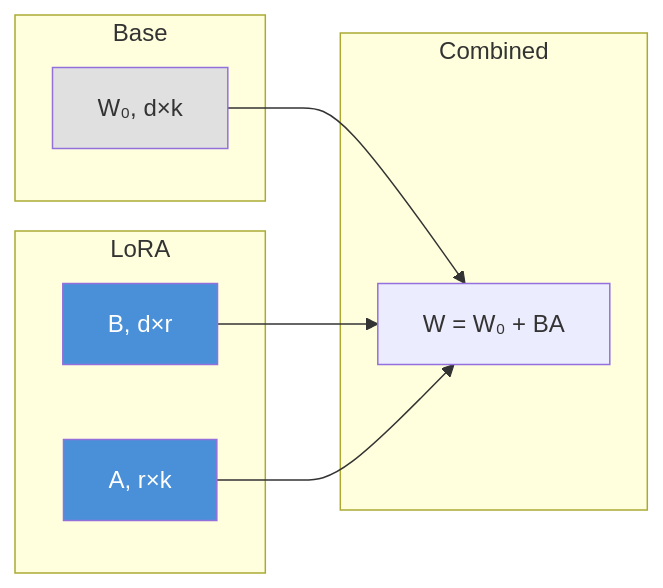
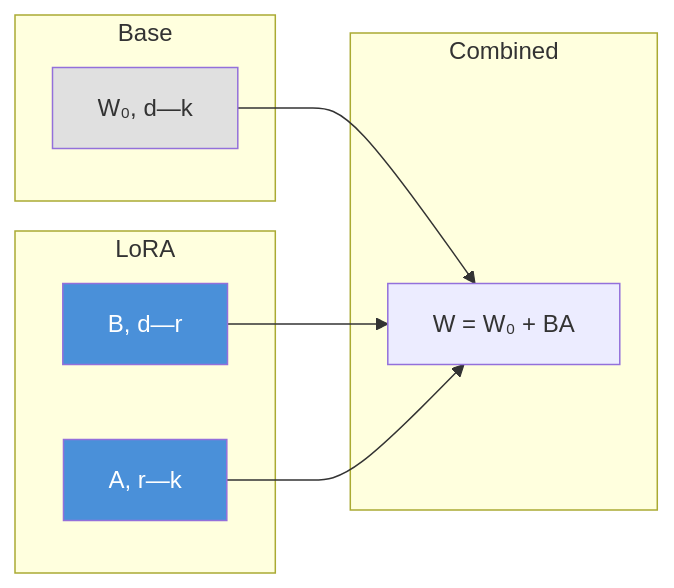
One commit to Raushan666java/ai-engineering-journey changed the diagram in docs/courses/ai-engineering-placement/14-fine-tuning-peft/03-lora-theory.md. Above: the diagram before and after it, drawn with Mermaid. The commit also changed other lines of this file and 50 other files, not shown here.

````diff
--- a/docs/courses/ai-engineering-placement/14-fine-tuning-peft/03-lora-theory.md
+++ b/docs/courses/ai-engineering-placement/14-fine-tuning-peft/03-lora-theory.md
@@ -24,19 +24,19 @@
 ```mermaid
 flowchart LR
     subgraph Base
-        W0[W₀, d×k]
+        W0[W₀, d—k]
     end
     subgraph LoRA
-        B[B, d×r]
-        A[A, r×k]
+        B[B, d—r]
+        A[A, r—k]
     end
     subgraph Combined
         W[W = W₀ + BA]
     end
     W0 --> W
     B --> W
     A --> W
     style B fill:#4a90d9,color:#fff
     style A fill:#4a90d9,color:#fff
     style W0 fill:#e0e0e0
 ```
````
